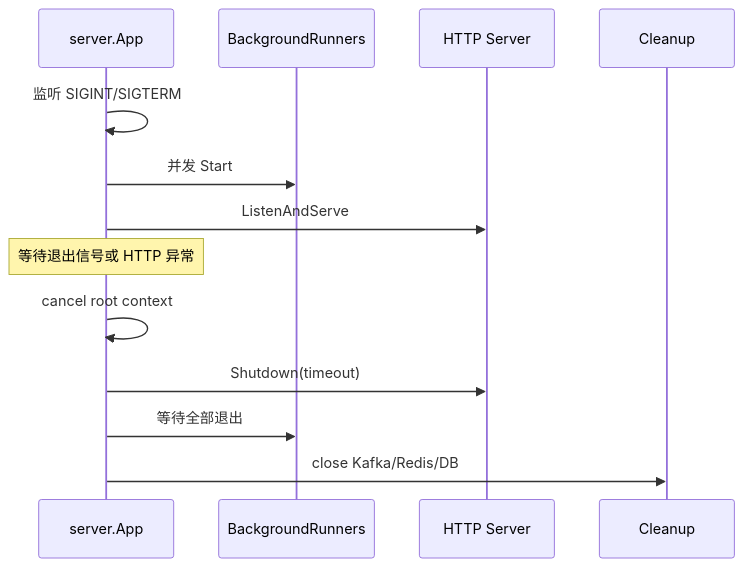
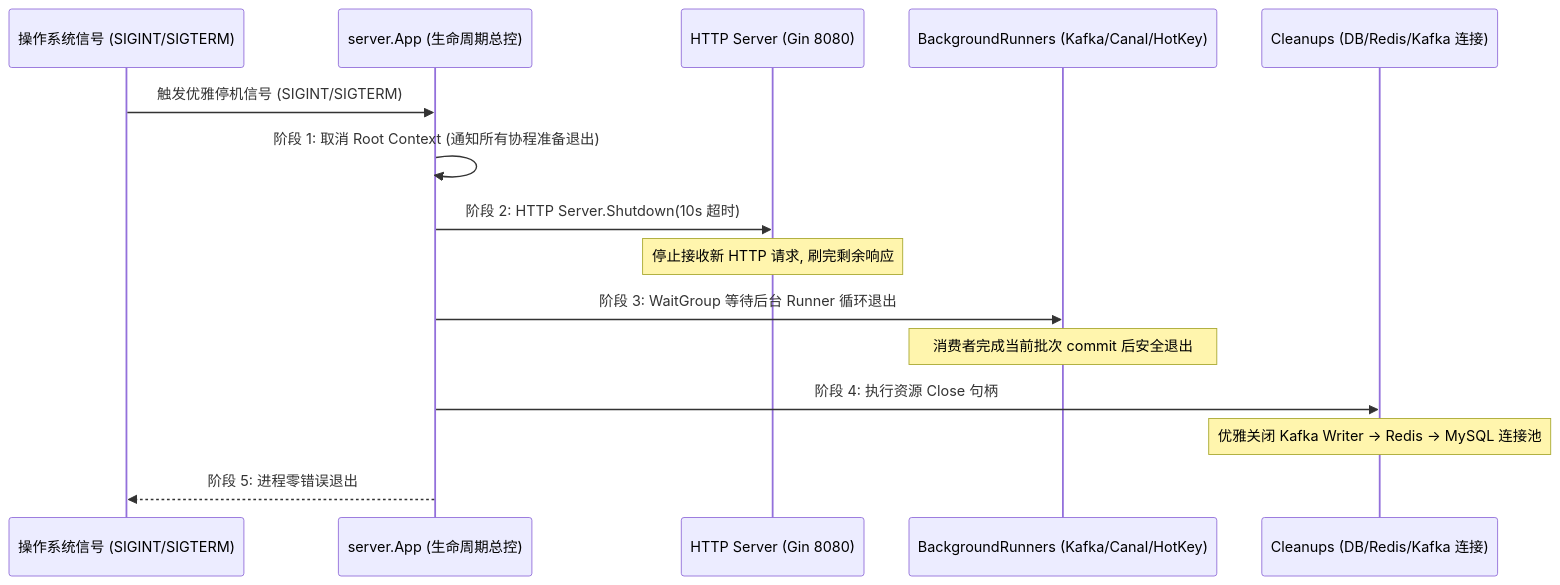
Before and after one commit to bitladykiller/zhiguang_go: the third of 11 diagrams in docs/modules/01-启动装配与生命周期.md, drawn with Mermaid. The commit also changed other lines of this file and 11 other files, not shown here.

Commit message:
docs: 架构文档增强与纵向流程图

````diff
--- a/docs/modules/01-启动装配与生命周期.md
+++ b/docs/modules/01-启动装配与生命周期.md
@@ -112,16 +115,18 @@
 ```mermaid
 sequenceDiagram
-    participant App as server.App
-    participant R as BackgroundRunners
-    participant H as HTTP Server
-    participant C as Cleanup
+    participant OS as 操作系统信号 (SIGINT/SIGTERM)
+    participant App as server.App (生命周期总控)
+    participant H as HTTP Server (Gin 8080)
+    participant R as BackgroundRunners (Kafka/Canal/HotKey)
+    participant Clean as Cleanups (DB/Redis/Kafka 连接)
 
-    App->>App: 监听 SIGINT/SIGTERM
-    App->>R: 并发 Start
-    App->>H: ListenAndServe
-    Note over App: 等待退出信号或 HTTP 异常
-    App->>App: cancel root context
-    App->>H: Shutdown(timeout)
-    App->>R: 等待全部退出
-    App->>C: close Kafka/Redis/DB
+    OS->>App: 触发优雅停机信号 (SIGINT/SIGTERM)
+    App->>App: 阶段 1: 取消 Root Context (通知所有协程准备退出)
+    App->>H: 阶段 2: HTTP Server.Shutdown(10s 超时)
+    Note over H: 停止接收新 HTTP 请求, 刷完剩余响应
+    App->>R: 阶段 3: WaitGroup 等待后台 Runner 循环退出
+    Note over R: 消费者完成当前批次 commit 后安全退出
+    App->>Clean: 阶段 4: 执行资源 Close 句柄
+    Note over Clean: 优雅关闭 Kafka Writer -> Redis -> MySQL 连接池
+    App-->>OS: 阶段 5: 进程零错误退出
 ```
````
